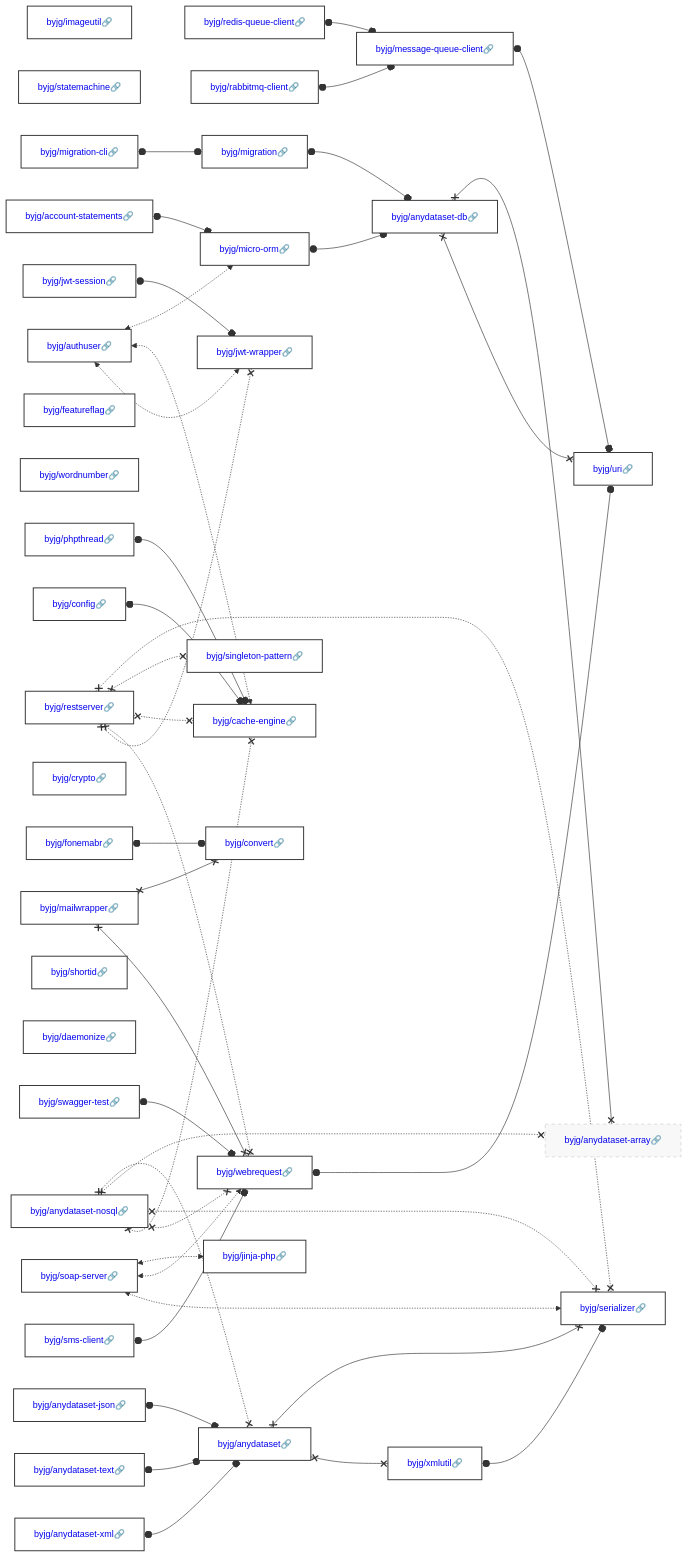
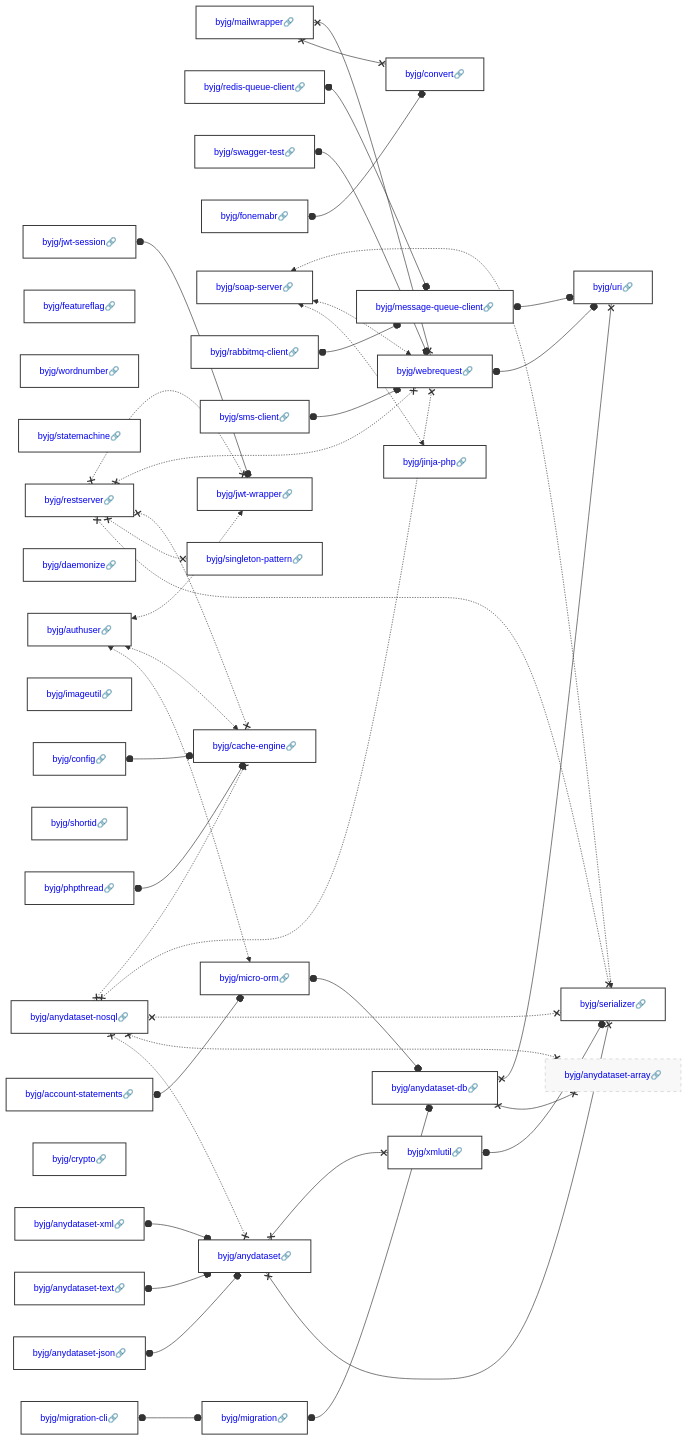
One commit to byjg/byjg.github.io changed the diagram in docs/php/README.md. Above: the diagram before and after it, drawn with Mermaid. The commit also changed other lines of this file and 8 other files, not shown here.

Commit message:
Update documentation 'php' 'php-webrequest'

````diff
--- a/docs/php/README.md
+++ b/docs/php/README.md
@@ -3,40 +3,40 @@
 ```mermaid
 graph LR;
+  byjg/config[<a href='https://opensource.byjg.com/docs/php/config' style='text-decoration:none'>byjg/config🔗</a>];
+  byjg/featureflag[<a href='https://opensource.byjg.com/docs/php/featureflag' style='text-decoration:none'>byjg/featureflag🔗</a>];
+  byjg/wordnumber[<a href='https://opensource.byjg.com/docs/php/wordnumber' style='text-decoration:none'>byjg/wordnumber🔗</a>];
+  byjg/statemachine[<a href='https://opensource.byjg.com/docs/php/statemachine' style='text-decoration:none'>byjg/statemachine🔗</a>];
+  byjg/restserver[<a href='https://opensource.byjg.com/docs/php/restserver' style='text-decoration:none'>byjg/restserver🔗</a>];
+  byjg/daemonize[<a href='https://opensource.byjg.com/docs/php/daemonize' style='text-decoration:none'>byjg/daemonize🔗</a>];
+  byjg/anydataset-text[<a href='https://opensource.byjg.com/docs/php/anydataset-text' style='text-decoration:none'>byjg/anydataset-text🔗</a>];
+  byjg/mailwrapper[<a href='https://opensource.byjg.com/docs/php/mailwrapper' style='text-decoration:none'>byjg/mailwrapper🔗</a>];
   byjg/imageutil[<a href='https://opensource.byjg.com/docs/php/imageutil' style='text-decoration:none'>byjg/imageutil🔗</a>];
-  byjg/statemachine[<a href='https://opensource.byjg.com/docs/php/statemachine' style='text-decoration:none'>byjg/statemachine🔗</a>];
+  byjg/redis-queue-client[<a href='https://opensource.byjg.com/docs/php/redis-queue-client' style='text-decoration:none'>byjg/redis-queue-client🔗</a>];
+  byjg/jwt-session[<a href='https://opensource.byjg.com/docs/php/jwt-session' style='text-decoration:none'>byjg/jwt-session🔗</a>];
+  byjg/shortid[<a href='https://opensource.byjg.com/docs/php/shortid' style='text-decoration:none'>byjg/shortid🔗</a>];
+  byjg/swagger-test[<a href='https://opensource.byjg.com/docs/php/swagger-test' style='text-decoration:none'>byjg/swagger-test🔗</a>];
+  byjg/fonemabr[<a href='https://opensource.byjg.com/docs/php/fonemabr' style='text-decoration:none'>byjg/fonemabr🔗</a>];
+  byjg/anydataset-json[<a href='https://opensource.byjg.com/docs/php/anydataset-json' style='text-decoration:none'>byjg/anydataset-json🔗</a>];
+  byjg/soap-server[<a href='https://opensource.byjg.com/docs/php/soap-server' style='text-decoration:none'>byjg/soap-server🔗</a>];
+  byjg/anydataset-nosql[<a href='https://opensource.byjg.com/docs/php/anydataset-nosql' style='text-decoration:none'>byjg/anydataset-nosql🔗</a>];
   byjg/account-statements[<a href='https://opensource.byjg.com/docs/php/account-statements' style='text-decoration:none'>byjg/account-statements🔗</a>];
+  byjg/rabbitmq-client[<a href='https://opensource.byjg.com/docs/php/rabbitmq-client' style='text-decoration:none'>byjg/rabbitmq-client🔗</a>];
+  byjg/sms-client[<a href='https://opensource.byjg.com/docs/php/sms-client' style='text-decoration:none'>byjg/sms-client🔗</a>];
+  byjg/crypto[<a href='https://opensource.byjg.com/docs/php/crypto' style='text-decoration:none'>byjg/crypto🔗</a>];
+  byjg/authuser[<a href='https://opensource.byjg.com/docs/php/authuser' style='text-decoration:none'>byjg/authuser🔗</a>];
   byjg/phpthread[<a href='https://opensource.byjg.com/docs/php/phpthread' style='text-decoration:none'>byjg/phpthread🔗</a>];
-  byjg/mailwrapper[<a href='https://opensource.byjg.com/docs/php/mailwrapper' style='text-decoration:none'>byjg/mailwrapper🔗</a>];
-  byjg/sms-client[<a href='https://opensource.byjg.com/docs/php/sms-client' style='text-decoration:none'>byjg/sms-client🔗</a>];
-  byjg/featureflag[<a href='https://opensource.byjg.com/docs/php/featureflag' style='text-decoration:none'>byjg/featureflag🔗</a>];
-  byjg/redis-queue-client[<a href='https://opensource.byjg.com/docs/php/redis-queue-client' style='text-decoration:none'>byjg/redis-queue-client🔗</a>];
-  byjg/rabbitmq-client[<a href='https://opensource.byjg.com/docs/php/rabbitmq-client' style='text-decoration:none'>byjg/rabbitmq-client🔗</a>];
-  byjg/wordnumber[<a href='https://opensource.byjg.com/docs/php/wordnumber' style='text-decoration:none'>byjg/wordnumber🔗</a>];
-  byjg/anydataset-text[<a href='https://opensource.byjg.com/docs/php/anydataset-text' style='text-decoration:none'>byjg/anydataset-text🔗</a>];
-  byjg/authuser[<a href='https://opensource.byjg.com/docs/php/authuser' style='text-decoration:none'>byjg/authuser🔗</a>];
-  byjg/restserver[<a href='https://opensource.byjg.com/docs/php/restserver' style='text-decoration:none'>byjg/restserver🔗</a>];
-  byjg/crypto[<a href='https://opensource.byjg.com/docs/php/crypto' style='text-decoration:none'>byjg/crypto🔗</a>];
-  byjg/anydataset-json[<a href='https://opensource.byjg.com/docs/php/anydataset-json' style='text-decoration:none'>byjg/anydataset-json🔗</a>];
-  byjg/config[<a href='https://opensource.byjg.com/docs/php/config' style='text-decoration:none'>byjg/config🔗</a>];
-  byjg/shortid[<a href='https://opensource.byjg.com/docs/php/shortid' style='text-decoration:none'>byjg/shortid🔗</a>];
-  byjg/daemonize[<a href='https://opensource.byjg.com/docs/php/daemonize' style='text-decoration:none'>byjg/daemonize🔗</a>];
+  byjg/migration-cli[<a href='https://opensource.byjg.com/docs/php/migration-cli' style='text-decoration:none'>byjg/migration-cli🔗</a>];
   byjg/anydataset-xml[<a href='https://opensource.byjg.com/docs/php/anydataset-xml' style='text-decoration:none'>byjg/anydataset-xml🔗</a>];
-  byjg/swagger-test[<a href='https://opensource.byjg.com/docs/php/swagger-test' style='text-decoration:none'>byjg/swagger-test🔗</a>];
-  byjg/jwt-session[<a href='https://opensource.byjg.com/docs/php/jwt-session' style='text-decoration:none'>byjg/jwt-session🔗</a>];
-  byjg/migration-cli[<a href='https://opensource.byjg.com/docs/php/migration-cli' style='text-decoration:none'>byjg/migration-cli🔗</a>];
-  byjg/anydataset-nosql[<a href='https://opensource.byjg.com/docs/php/anydataset-nosql' style='text-decoration:none'>byjg/anydataset-nosql🔗</a>];
-  byjg/fonemabr[<a href='https://opensource.byjg.com/docs/php/fonemabr' style='text-decoration:none'>byjg/fonemabr🔗</a>];
-  byjg/soap-server[<a href='https://opensource.byjg.com/docs/php/soap-server' style='text-decoration:none'>byjg/soap-server🔗</a>];
+  byjg/singleton-pattern[<a href='https://opensource.byjg.com/docs/php/singleton-pattern' style='text-decoration:none'>byjg/singleton-pattern🔗</a>];
+  byjg/convert[<a href='https://opensource.byjg.com/docs/php/convert' style='text-decoration:none'>byjg/convert🔗</a>];
+  byjg/jinja-php[<a href='https://opensource.byjg.com/docs/php/jinja-php' style='text-decoration:none'>byjg/jinja-php🔗</a>];
   byjg/message-queue-client[<a href='https://opensource.byjg.com/docs/php/message-queue-client' style='text-decoration:none'>byjg/message-queue-client🔗</a>];
+  byjg/webrequest[<a href='https://opensource.byjg.com/docs/php/webrequest' style='text-decoration:none'>byjg/webrequest🔗</a>];
   byjg/micro-orm[<a href='https://opensource.byjg.com/docs/php/micro-orm' style='text-decoration:none'>byjg/micro-orm🔗</a>];
-  byjg/singleton-pattern[<a href='https://opensource.byjg.com/docs/php/singleton-pattern' style='text-decoration:none'>byjg/singleton-pattern🔗</a>];
   byjg/jwt-wrapper[<a href='https://opensource.byjg.com/docs/php/jwt-wrapper' style='text-decoration:none'>byjg/jwt-wrapper🔗</a>];
+  byjg/cache-engine[<a href='https://opensource.byjg.com/docs/php/cache-engine' style='text-decoration:none'>byjg/cache-engine🔗</a>];
   byjg/migration[<a href='https://opensource.byjg.com/docs/php/migration' style='text-decoration:none'>byjg/migration🔗</a>];
   byjg/anydataset[<a href='https://opensource.byjg.com/docs/php/anydataset' style='text-decoration:none'>byjg/anydataset🔗</a>];
-  byjg/cache-engine[<a href='https://opensource.byjg.com/docs/php/cache-engine' style='text-decoration:none'>byjg/cache-engine🔗</a>];
-  byjg/convert[<a href='https://opensource.byjg.com/docs/php/convert' style='text-decoration:none'>byjg/convert🔗</a>];
-  byjg/jinja-php[<a href='https://opensource.byjg.com/docs/php/jinja-php' style='text-decoration:none'>byjg/jinja-php🔗</a>];
-  byjg/webrequest[<a href='https://opensource.byjg.com/docs/php/webrequest' style='text-decoration:none'>byjg/webrequest🔗</a>];
   byjg/anydataset-db[<a href='https://opensource.byjg.com/docs/php/anydataset-db' style='text-decoration:none'>byjg/anydataset-db🔗</a>];
   byjg/xmlutil[<a href='https://opensource.byjg.com/docs/php/xmlutil' style='text-decoration:none'>byjg/xmlutil🔗</a>];
   byjg/anydataset-array[<a href='https://opensource.byjg.com/docs/php/anydataset-array' style='text-decoration:none'>byjg/anydataset-array🔗</a>];
@@ -55,6 +55,7 @@
   byjg/soap-server <-.-> byjg/webrequest;
   byjg/soap-server <-.-> byjg/serializer;
   byjg/phpthread o--o byjg/cache-engine;
+  byjg/webrequest o--o byjg/uri;
   byjg/migration-cli o--o byjg/migration;
   byjg/jwt-session o--o byjg/jwt-wrapper;
   byjg/account-statements o--o byjg/micro-orm;
@@ -81,7 +82,6 @@
   byjg/micro-orm o--o byjg/anydataset-db;
   byjg/anydataset-xml o--o byjg/anydataset;
   byjg/fonemabr o--o byjg/convert;
-  byjg/webrequest o--o byjg/uri;
   classDef default fill:#ffffff,stroke:#333,stroke-width:1.5px,color:#000,font-size:14px;
   classDef highlight fill:#ffef96,stroke:#ff9900,stroke-width:3px;
   classDef deprecated fill:#f8f8f8,stroke:#cccccc,stroke-dasharray: 5 5,stroke-width:1px,color:#999;
````
